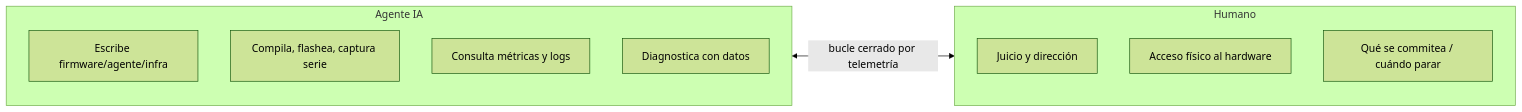
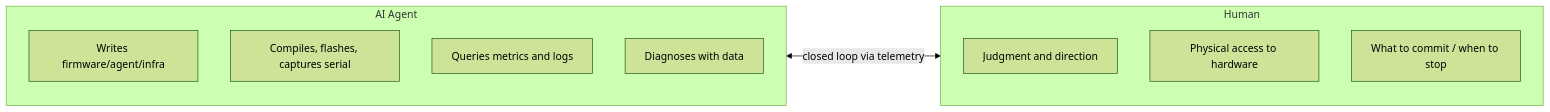
Before and after one commit to Zetesis-Labs/Sebastian: the third of 3 diagrams in blog-3-desarrollo-con-ia-y-telemetria.md, drawn with Mermaid (forest theme). The commit also changed other lines of this file and 31 other files, not shown here.

````diff
--- a/blog-3-desarrollo-con-ia-y-telemetria.md
+++ b/blog-3-desarrollo-con-ia-y-telemetria.md
@@ -113,15 +113,15 @@
 ```mermaid
 flowchart LR
-    subgraph ia["Agente IA"]
-        i1[Escribe firmware/agente/infra]
-        i2[Compila, flashea, captura serie]
-        i3[Consulta métricas y logs]
-        i4[Diagnostica con datos]
+    subgraph ia["AI Agent"]
+        i1[Writes firmware/agent/infra]
+        i2[Compiles, flashes, captures serial]
+        i3[Queries metrics and logs]
+        i4[Diagnoses with data]
     end
-    subgraph hum["Humano"]
-        h1[Juicio y dirección]
-        h2[Acceso físico al hardware]
-        h3[Qué se commitea / cuándo parar]
+    subgraph hum["Human"]
+        h1[Judgment and direction]
+        h2[Physical access to hardware]
+        h3[What to commit / when to stop]
     end
-    ia <-->|bucle cerrado por telemetría| hum
+    ia <-->|closed loop via telemetry| hum
 ```
````
